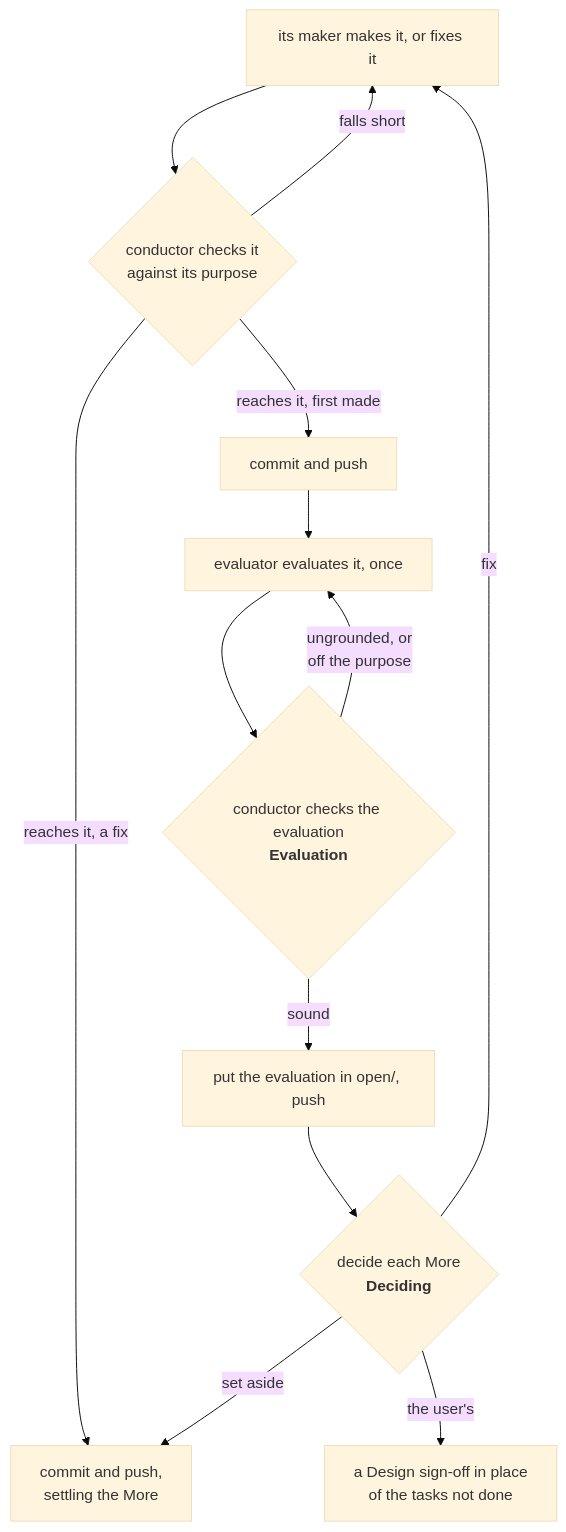
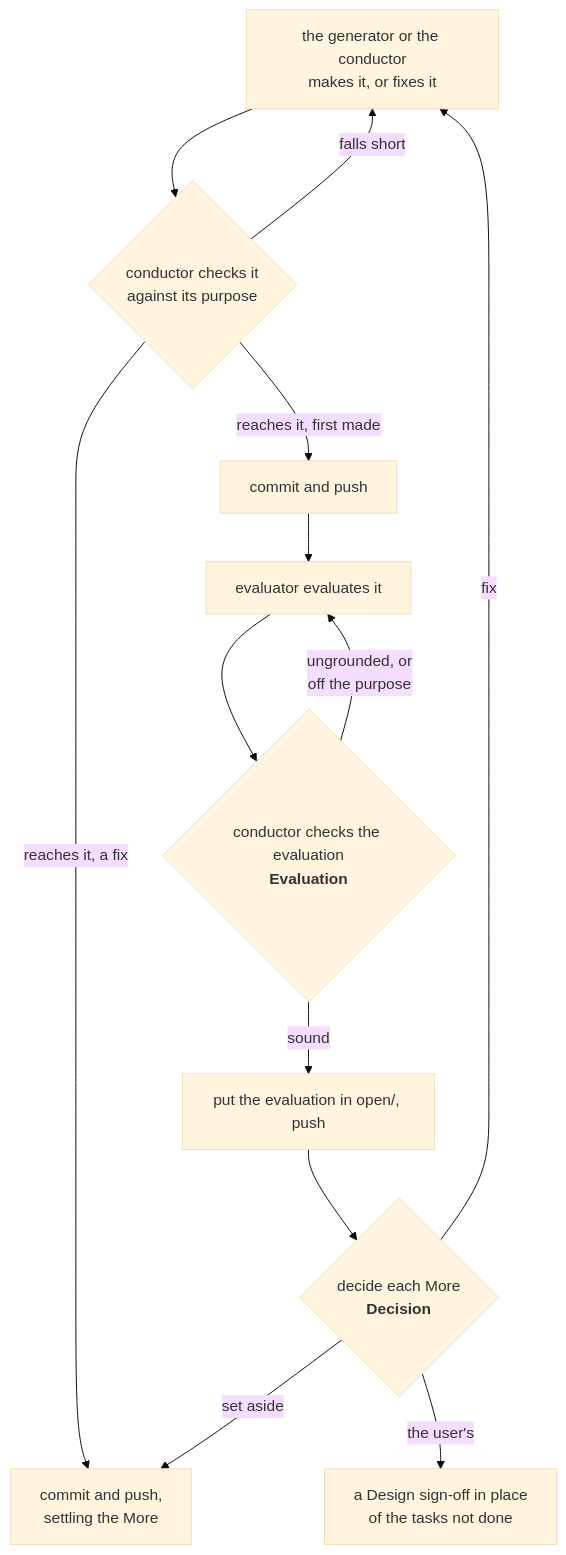
Before and after one commit to lovaizu/ccpm: the third of 4 diagrams in rn/docs/design.md, drawn with Mermaid (base theme). The commit also changed other lines of this file and 2 other files, not shown here.

First line of the commit message:
docs(rn): one word for each thing across README, design.md and CHANGELOG

````diff
--- a/rn/docs/design.md
+++ b/rn/docs/design.md
@@ -108,24 +106,24 @@
 ```mermaid
 flowchart TD
-    M["its maker makes it, or fixes it"]
+    M["the generator or the conductor<br/>makes it, or fixes it"]
     K{"conductor checks it<br/>against its purpose"}
     C["commit and push"]
-    V["evaluator evaluates it, once"]
+    V["evaluator evaluates it"]
     KE{"conductor checks the evaluation<br/><b>Evaluation</b>"}
     O["put the evaluation in open/, push"]
-    D{"decide each More<br/><b>Deciding</b>"}
+    D{"decide each More<br/><b>Decision</b>"}
     S["commit and push,<br/>settling the More"]
     U["a Design sign-off in place<br/>of the tasks not done"]
     M --> K
     K -->|"falls short"| M
     K -->|"reaches it, first made"| C
     C --> V
     V --> KE
     KE -->|"ungrounded, or<br/>off the purpose"| V
     KE -->|"sound"| O
     O --> D
     D -->|"fix"| M
     K -->|"reaches it, a fix"| S
     D -->|"set aside"| S
     D -->|"the user's"| U
 ```
````
